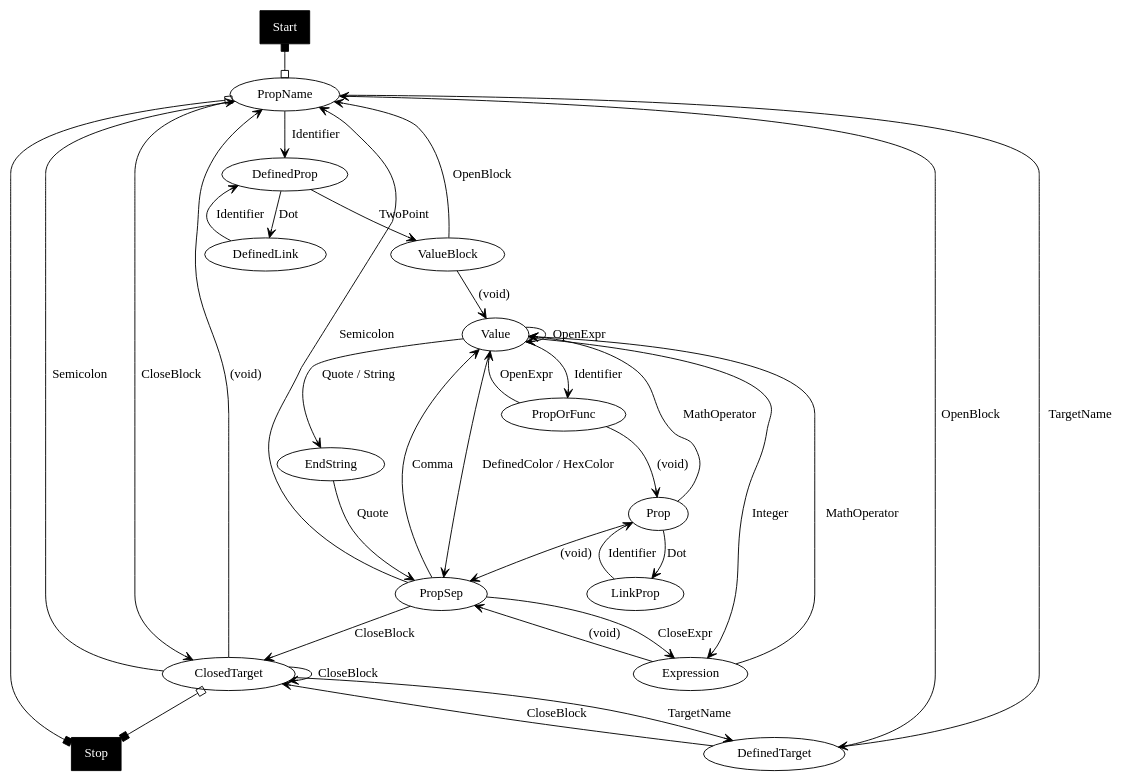
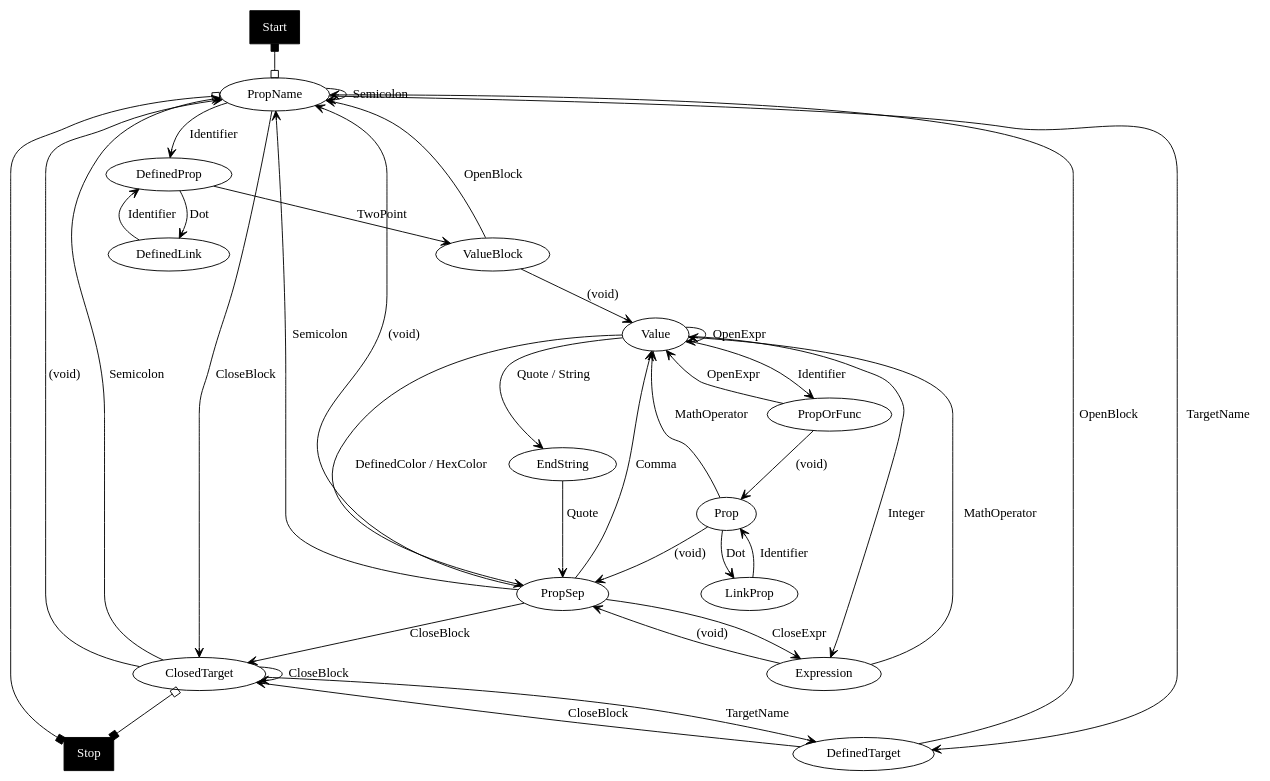
One commit to wallix/redemption changed the diagram in ftests/rwl/rwl.dot. Above: the diagram before and after it, drawn with Graphviz. The commit also changed 3 other files, not shown here.

```diff
--- a/ftests/rwl/rwl.dot
+++ b/ftests/rwl/rwl.dot
@@ -1,55 +1,57 @@
 digraph rwl {
 	edge [arrowhead=open]
 
 	Start         -> PropName [arrowhead=obox arrowtail=box dir=both]
 	ClosedTarget  -> Stop [arrowhead=box arrowtail=obox dir=both]
 	PropName      -> Stop [arrowhead=box arrowtail=obox dir=both]
 	Start [style=filled shape=rect fontcolor=white color=black]
 	Stop  [style=filled shape=rect fontcolor=white color=black]
 
 
 	DefinedTarget -> PropName      [label="OpenBlock"]
 	DefinedTarget -> ClosedTarget  [label="CloseBlock"]
 
 	ClosedTarget  -> ClosedTarget  [label="CloseBlock"]
 	ClosedTarget  -> PropName      [label="Semicolon"]
 	ClosedTarget  -> DefinedTarget [label="TargetName"]
 	ClosedTarget  -> PropName      [label="(void)"]
 
 	PropName      -> ClosedTarget  [label="CloseBlock"]
 	PropName      -> DefinedTarget [label="TargetName"]
 	PropName      -> DefinedProp   [label="Identifier"]
+	PropName      -> PropName      [label="Semicolon"]
 
 	DefinedProp   -> DefinedLink   [label="Dot"]
 	DefinedProp   -> ValueBlock    [label="TwoPoint"]
 
 	DefinedLink   -> DefinedProp   [label="Identifier"]
 
 	ValueBlock    -> PropName      [label="OpenBlock"]
 	ValueBlock    -> Value         [label="(void)"]
 
 	Value         -> EndString     [label="Quote / String"]
 	Value         -> PropOrFunc    [label="Identifier"]
 	Value         -> PropSep       [label="DefinedColor / HexColor"]
 	Value         -> Expression    [label="Integer"]
 	Value         -> Value         [label="OpenExpr"]
 
 	EndString     -> PropSep       [label="Quote"]
 
 	PropOrFunc    -> Value         [label="OpenExpr"]
 	PropOrFunc    -> Prop          [label="(void)"]
 
 	PropSep       -> Value         [label="Comma"]
 	PropSep       -> Expression    [label="CloseExpr"]
 	PropSep       -> PropName      [label="Semicolon"]
 	PropSep       -> ClosedTarget  [label="CloseBlock"]
+	PropSep       -> PropName      [label="(void)"]
 
 	LinkProp      -> Prop          [label="Identifier"]
 
 	Prop          -> LinkProp      [label="Dot"]
 	Prop          -> Value         [label="MathOperator"]
 	Prop          -> PropSep       [label="(void)"]
 
 	Expression    -> Value         [label="MathOperator"]
 	Expression    -> PropSep       [label="(void)"]
 }
```
